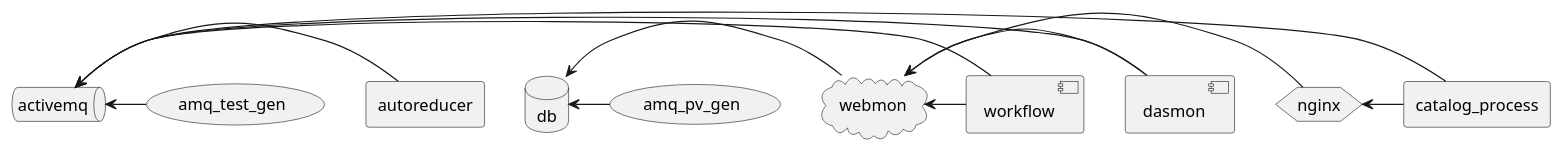
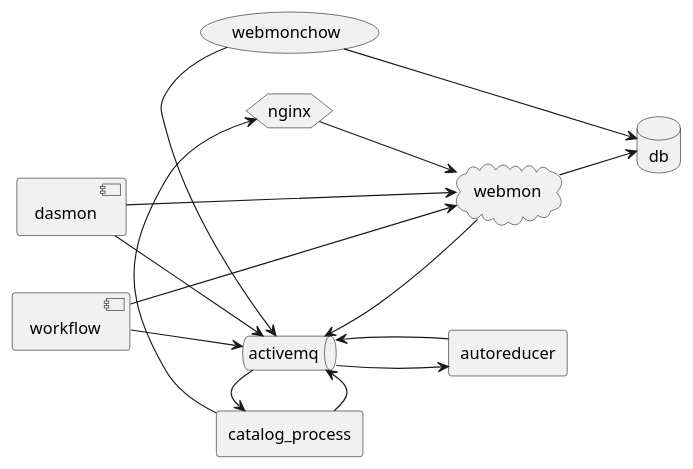
The diagram in docs/developer/images/services_dependence_graph.puml (neutrons/data_workflow), drawn with PlantUML before and after one commit. The commit also changed 9 other files, not shown here.

First line of the commit message:
Rename and consolidate AMQ and PV generators into webmonchow

```diff
--- a/docs/developer/images/services_dependence_graph.puml
+++ b/docs/developer/images/services_dependence_graph.puml
@@ -1,30 +1,34 @@
 @startuml
 'https://plantuml.com/component-diagram
 
+left to right direction
+
+usecase webmonchow
 database db
 queue activemq
 cloud webmon
 component dasmon
 component workflow
 agent catalog_process
 hexagon nginx
 agent autoreducer
-usecase amq_test_gen
-usecase amq_pv_gen
 
-nginx <- catalog_process
+webmonchow -right-> db
+webmonchow -right-> activemq
 
-db <- webmon
-db <- amq_pv_gen
+webmon -down-> db
 
-webmon <- dasmon
-webmon <- nginx
-webmon <- workflow
+catalog_process -right-> nginx
+dasmon -down-> webmon
+nginx -down-> webmon
+workflow -right-> webmon
 
-activemq <- workflow
-activemq <- dasmon
-activemq <- autoreducer
-activemq <- amq_test_gen
-activemq <- catalog_process
+workflow -down-> activemq
+dasmon -down-> activemq
+autoreducer -down-> activemq
+activemq -down-> autoreducer
+webmon -up-> activemq
+catalog_process -right-> activemq
+activemq -right-> catalog_process
 
 @enduml
```
